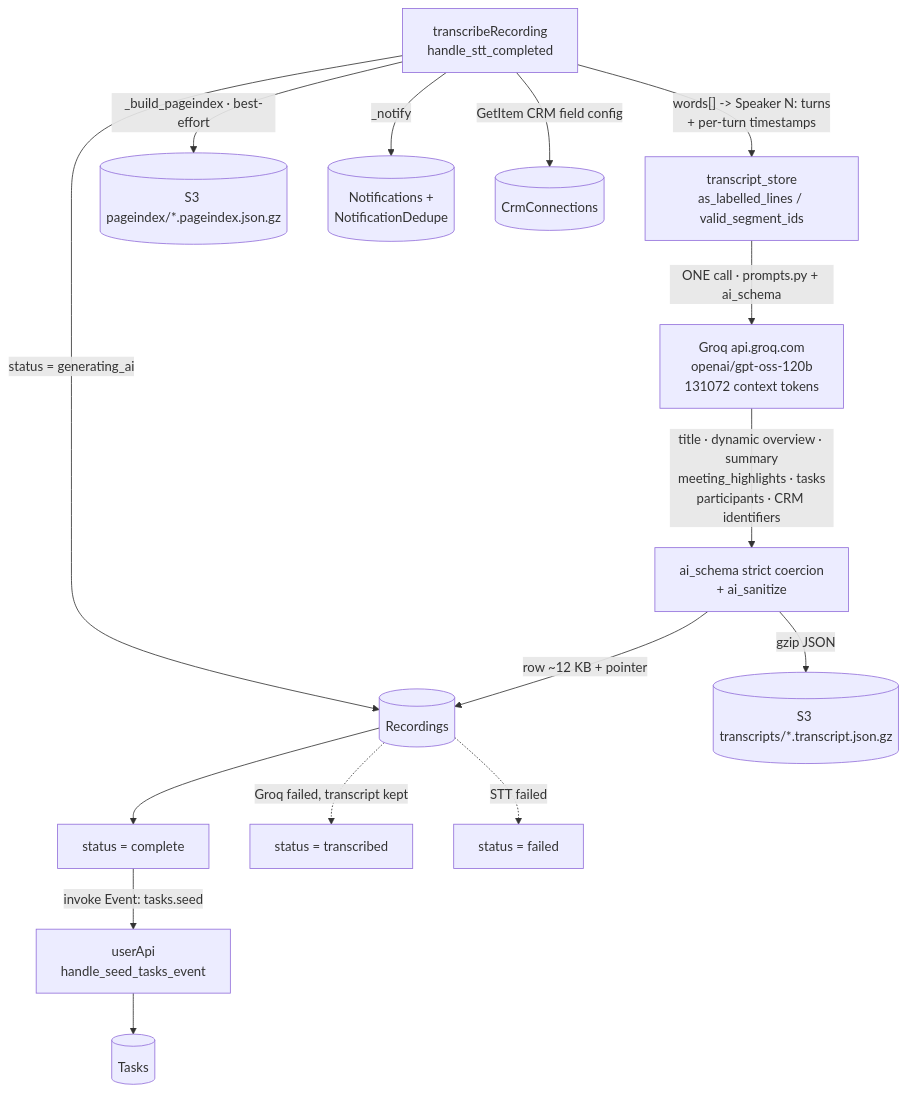
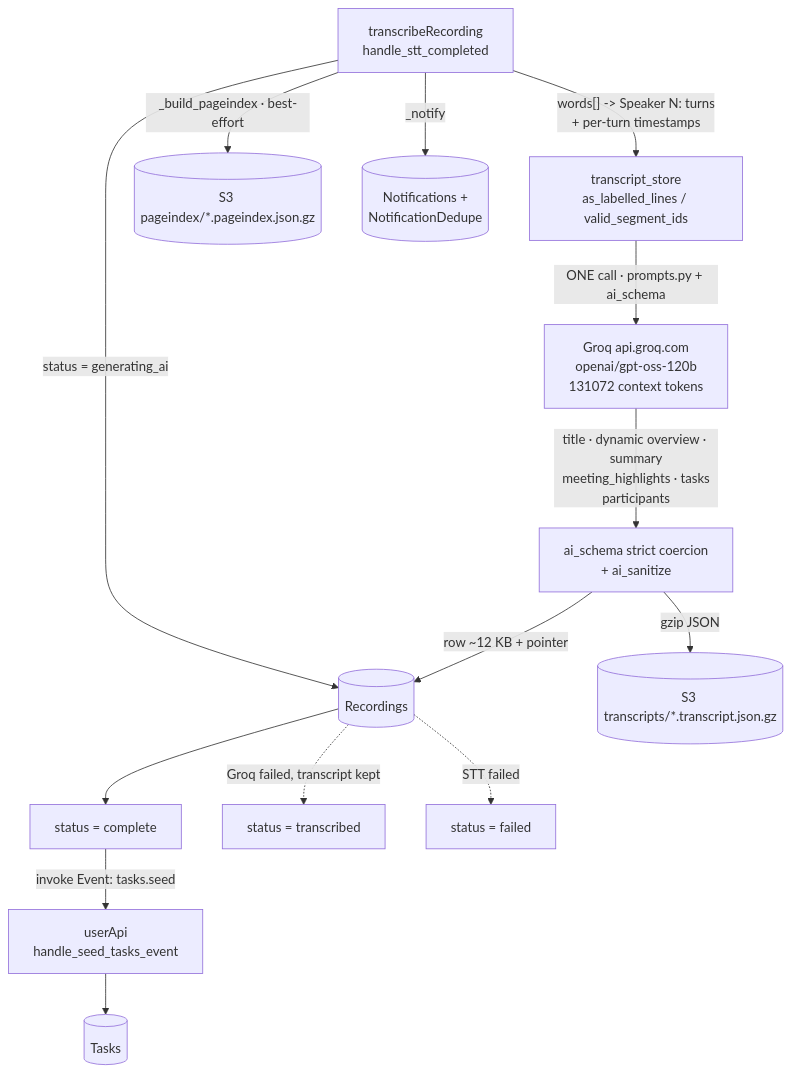
The fifth of 7 diagrams in AWS_ARCHITECTURE.md (shubhampatil-ai/MinuteX), drawn with Mermaid before and after one commit. The commit also changed other lines of this file and 143 other files, not shown here.

````diff
--- a/AWS_ARCHITECTURE.md
+++ b/AWS_ARCHITECTURE.md
@@ -227,20 +238,19 @@
 ```mermaid
 flowchart TD
     TRB["transcribeRecording<br/>handle_stt_completed"] -->|"status = generating_ai"| REC[("Recordings")]
     TRB -->|"words[] -> Speaker N: turns<br/>+ per-turn timestamps"| BUILD["transcript_store<br/>as_labelled_lines / valid_segment_ids"]
     BUILD -->|"ONE call · prompts.py + ai_schema"| GQ["Groq api.groq.com<br/>openai/gpt-oss-120b<br/>131072 context tokens"]
-    GQ -->|"title · dynamic overview · summary<br/>meeting_highlights · tasks<br/>participants · CRM identifiers"| COERCE["ai_schema strict coercion<br/>+ ai_sanitize"]
+    GQ -->|"title · dynamic overview · summary<br/>meeting_highlights · tasks<br/>participants"| COERCE["ai_schema strict coercion<br/>+ ai_sanitize"]
 
     COERCE -->|"gzip JSON"| S3T[("S3 transcripts/*.transcript.json.gz")]
     COERCE -->|"row ~12 KB + pointer"| REC
     TRB -->|"_build_pageindex · best-effort"| S3P[("S3 pageindex/*.pageindex.json.gz")]
 
     REC --> DONE["status = complete"]
     REC -.->|"Groq failed, transcript kept"| DEG["status = transcribed"]
     REC -.->|"STT failed"| FAIL["status = failed"]
 
     DONE -->|"invoke Event: tasks.seed"| UA["userApi<br/>handle_seed_tasks_event"]
     UA --> TASKS[("Tasks")]
     TRB -->|"_notify"| NOTIF[("Notifications +<br/>NotificationDedupe")]
-    TRB -->|"GetItem CRM field config"| CRM[("CrmConnections")]
 ```
````
